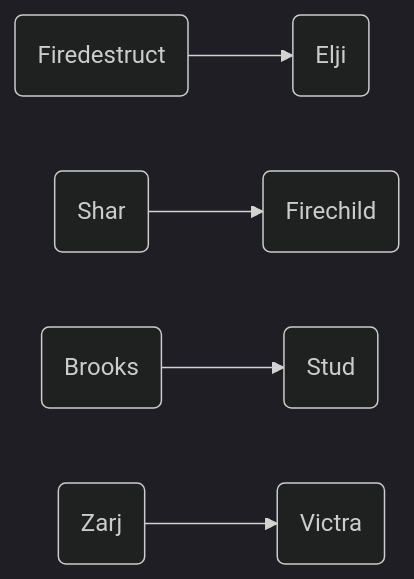
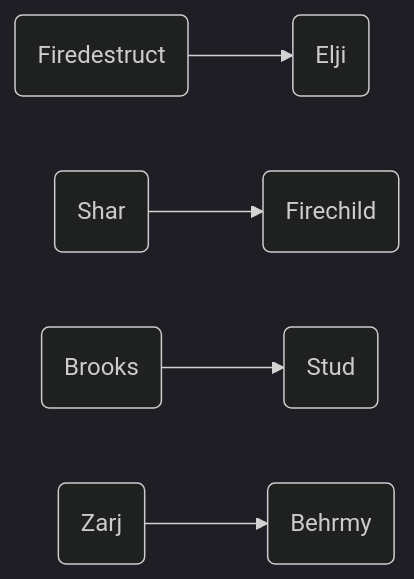
One commit to leemWF/READMEVault changed the sixth of 10 diagrams in wepulled/swp/README.md. Above: the diagram before and after it, drawn with Mermaid (dark theme). The commit also changed other lines of this file, not shown here.

````diff
--- a/wepulled/swp/README.md
+++ b/wepulled/swp/README.md
@@ -158,7 +155,7 @@
 ```mermaid
 flowchart LR
     A(Firedestruct) --> B(Elji)
     C(Shar) --> D(Firechild)
     E(Brooks) --> F(Stud)
-    G(Zarj) --> H(Victra)
+    G(Zarj) --> H(Behrmy)
 ```
````
